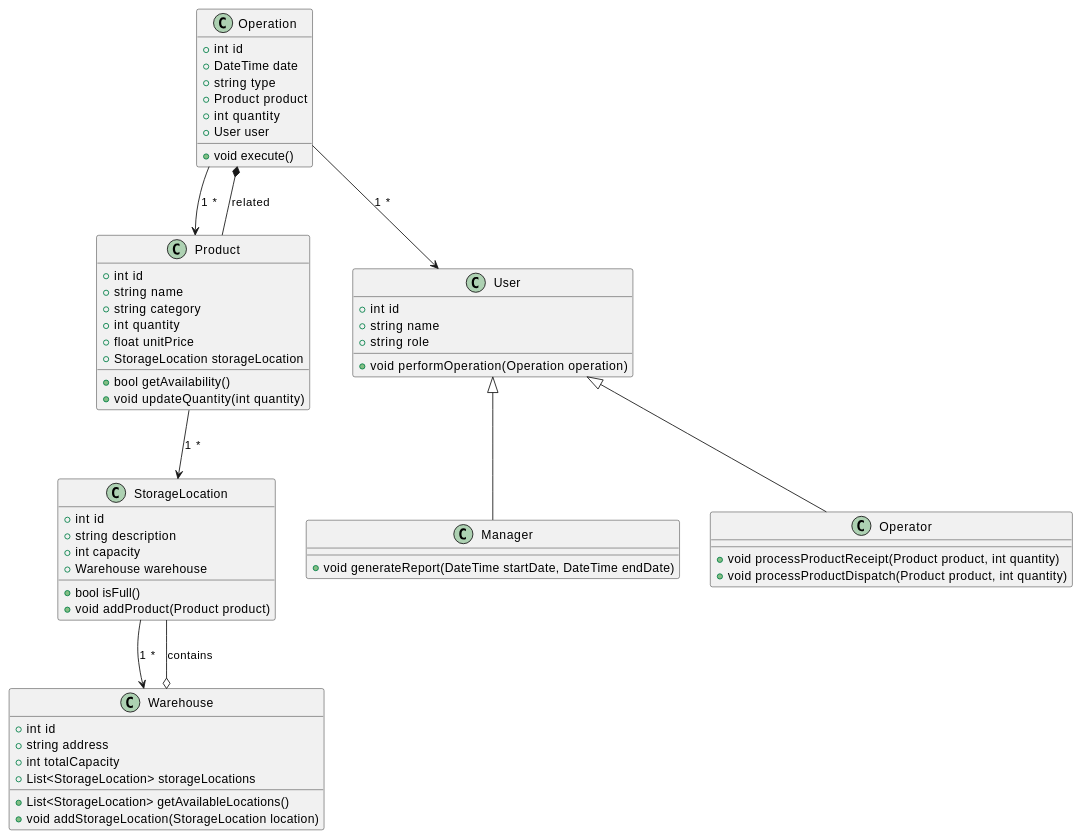
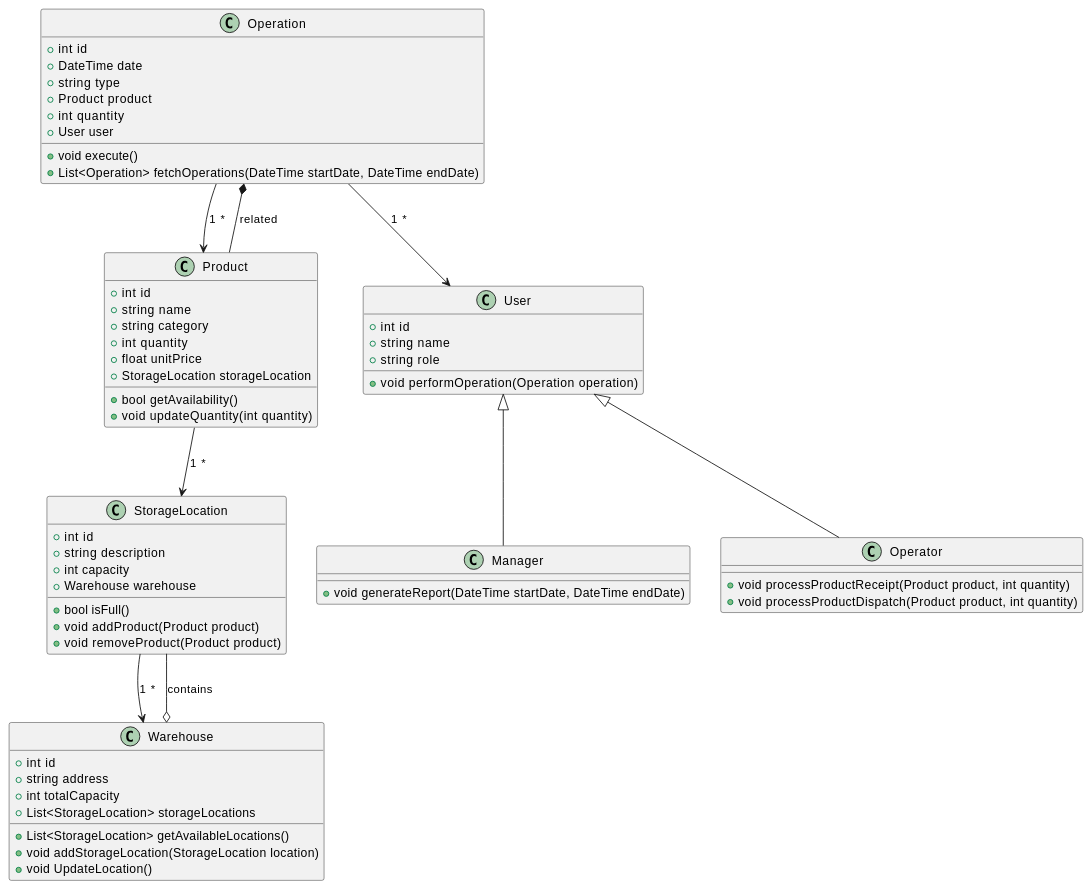
Before and after one commit to penamarth/bsbo-01-22_team6_var6: the diagram in Модель предметной области.md, drawn with PlantUML.

Commit message:
Update Модель предметной области.md

````diff
--- a/Модель предметной области.md
+++ b/Модель предметной области.md
@@ -1,73 +1,76 @@
 ```plantuml
 @startuml
 ' Определение классов
 class Product {
     +int id
     +string name
     +string category
     +int quantity
     +float unitPrice
     +StorageLocation storageLocation
     +bool getAvailability()
     +void updateQuantity(int quantity)
 }
 
 class StorageLocation {
     +int id
     +string description
     +int capacity
     +Warehouse warehouse
     +bool isFull()
     +void addProduct(Product product)
+    +void removeProduct(Product product)
 }
 
 class Warehouse {
     +int id
     +string address
     +int totalCapacity
     +List<StorageLocation> storageLocations
     +List<StorageLocation> getAvailableLocations()
     +void addStorageLocation(StorageLocation location)
+    +void UpdateLocation()
 }
 
 class Operation {
     +int id
     +DateTime date
     +string type
     +Product product
     +int quantity
     +User user
     +void execute()
+    +List<Operation> fetchOperations(DateTime startDate, DateTime endDate)
 }
 
 class User {
     +int id
     +string name
     +string role
     +void performOperation(Operation operation)
 }
 
 class Manager {
     +void generateReport(DateTime startDate, DateTime endDate)
 }
 
 class Operator {
     +void processProductReceipt(Product product, int quantity)
     +void processProductDispatch(Product product, int quantity)
 }
 
 ' Связи
 Product --> StorageLocation : "1 *"
 StorageLocation --> Warehouse : "1 *"
 Operation --> Product : "1 *"
 Operation --> User : "1 *"
 User <|-- Manager
 User <|-- Operator
 
 ' Агрегация и композиция
 Warehouse o-- StorageLocation : "contains"
 Operation *-- Product : "related"
 
 @enduml
 
 ```
````
